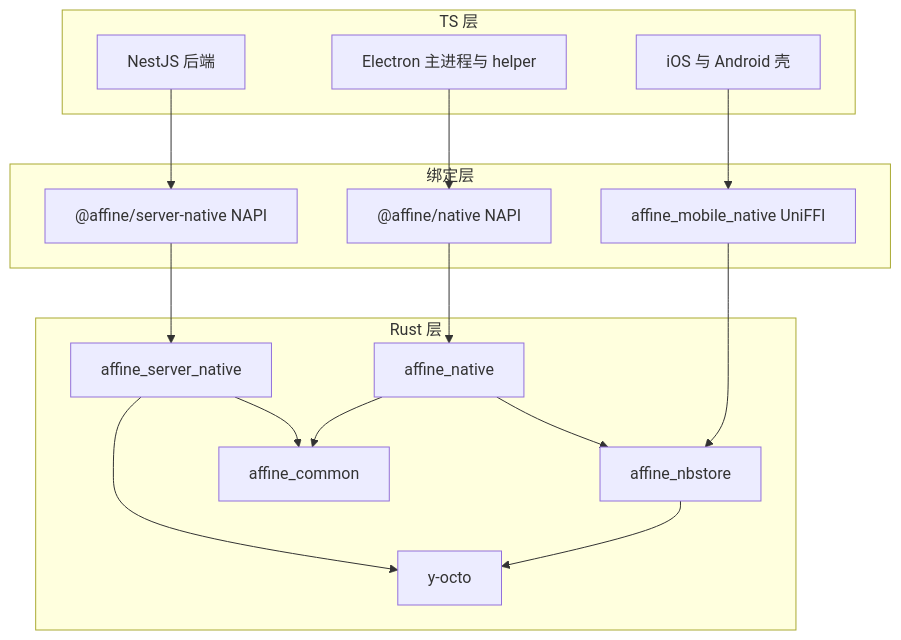
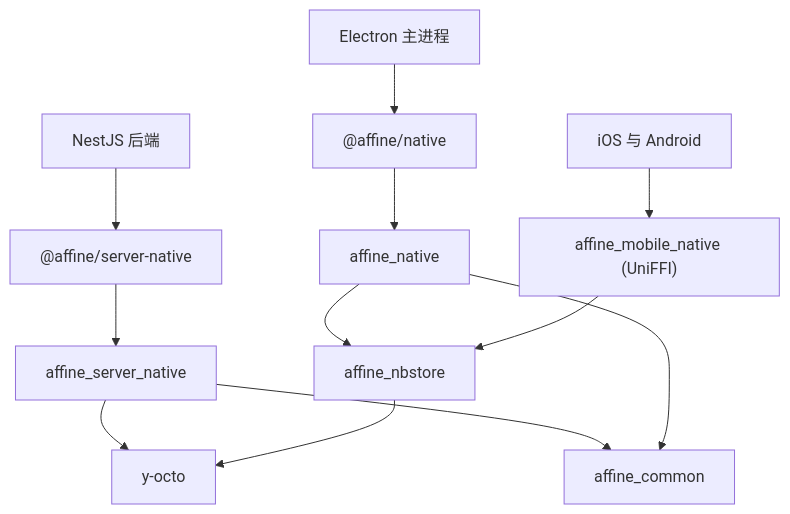
The second of 5 diagrams in learning-guide/slides/decks/07.md (lfire/AFFiNE), drawn with Mermaid before and after one commit. The commit also changed other lines of this file and 46 other files, not shown here.

````diff
--- a/learning-guide/slides/decks/07.md
+++ b/learning-guide/slides/decks/07.md
@@ -62,29 +80,12 @@
 ```mermaid
 flowchart TB
-  subgraph TS[TS 层]
-    Server["NestJS 后端"]
-    Electron["Electron 主进程与 helper"]
-    Mobile["iOS 与 Android 壳"]
-  end
-  subgraph BD[绑定层]
-    SN["@affine/server-native NAPI"]
-    FN["@affine/native NAPI"]
-    MN["affine_mobile_native UniFFI"]
-  end
-  subgraph RS[Rust 层]
-    BN[affine_server_native]
-    AN[affine_native]
-    NB[affine_nbstore]
-    CM[affine_common]
-    YO[y-octo]
-  end
-  Server --> SN --> BN
-  Electron --> FN --> AN
-  Mobile --> MN
-  AN --> NB
+  Server["NestJS 后端"] --> SN["@affine/server-native"] --> BN["affine_server_native"]
+  Electron["Electron 主进程"] --> FN["@affine/native"] --> AN["affine_native"]
+  Mobile["iOS 与 Android"] --> MN["affine_mobile_native (UniFFI)"]
+  AN --> NB["affine_nbstore"]
   MN --> NB
-  BN --> CM
+  BN --> CM["affine_common"]
   AN --> CM
-  BN --> YO
+  BN --> YO["y-octo"]
   NB --> YO
 ```
````
